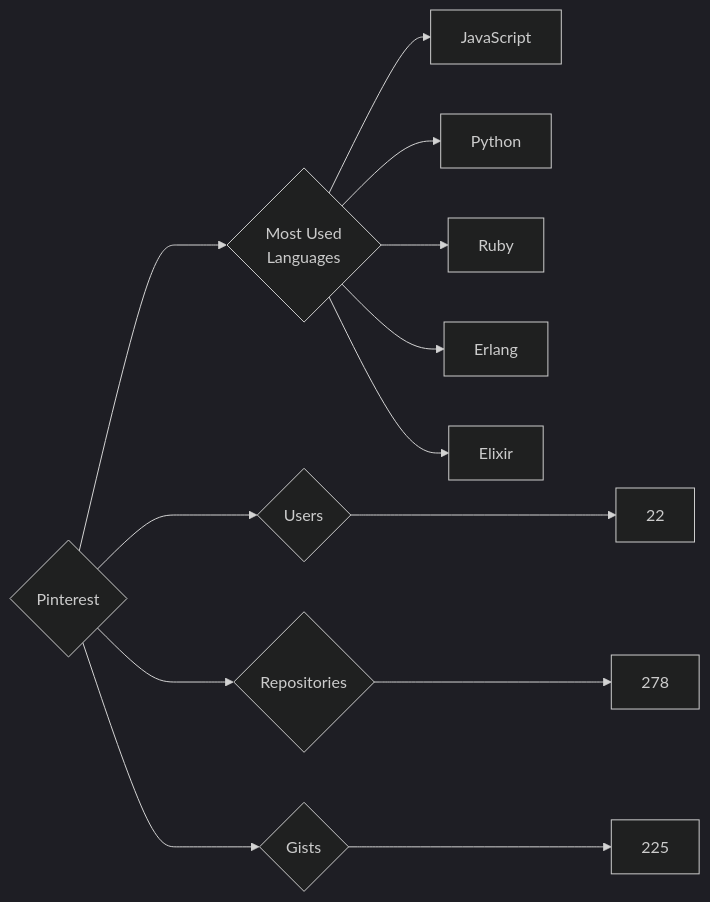
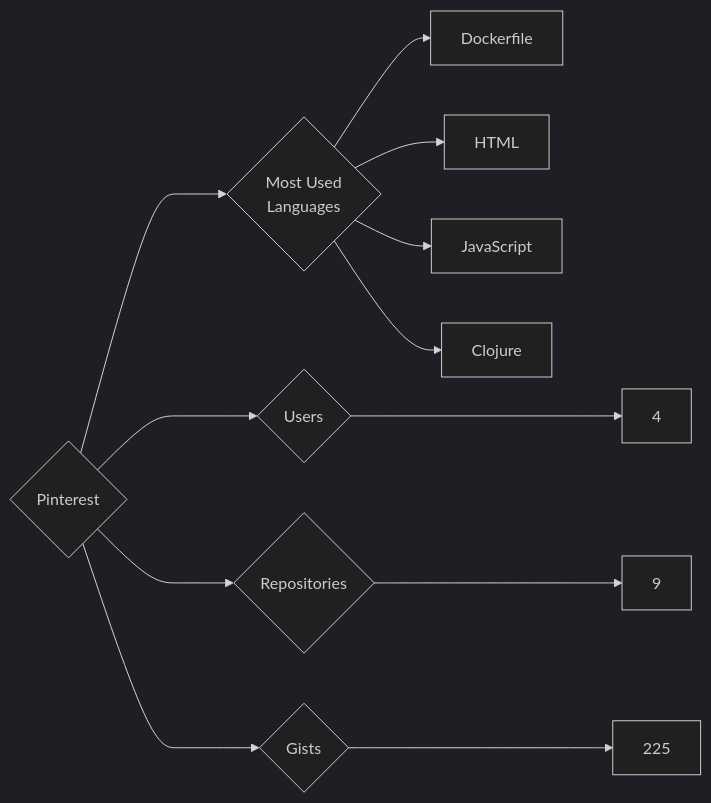
The diagram in targets/Pinterest/README.md (trickest/insiders), drawn with Mermaid (dark theme) before and after one commit. The commit also changed 1496 other files, not shown here.

````diff
--- a/targets/Pinterest/README.md
+++ b/targets/Pinterest/README.md
@@ -3,13 +3,12 @@
 ```mermaid
 graph LR
 COMPANY_NAME{Pinterest}
-COMPANY_NAME ---> U{Users} ---> UN[22]
-COMPANY_NAME ---> R{Repositories} ---> RN[278]
+COMPANY_NAME ---> U{Users} ---> UN[4]
+COMPANY_NAME ---> R{Repositories} ---> RN[9]
 COMPANY_NAME ---> G{Gists} ---> GN[225]
 COMPANY_NAME ---> ML{Most Used<br>Languages}
+ML --> Dockerfile[Dockerfile]
+ML --> HTML[HTML]
 ML --> JavaScript[JavaScript]
-ML --> Python[Python]
-ML --> Ruby[Ruby]
-ML --> Erlang[Erlang]
-ML --> Elixir[Elixir]
+ML --> Clojure[Clojure]
 ```
````
